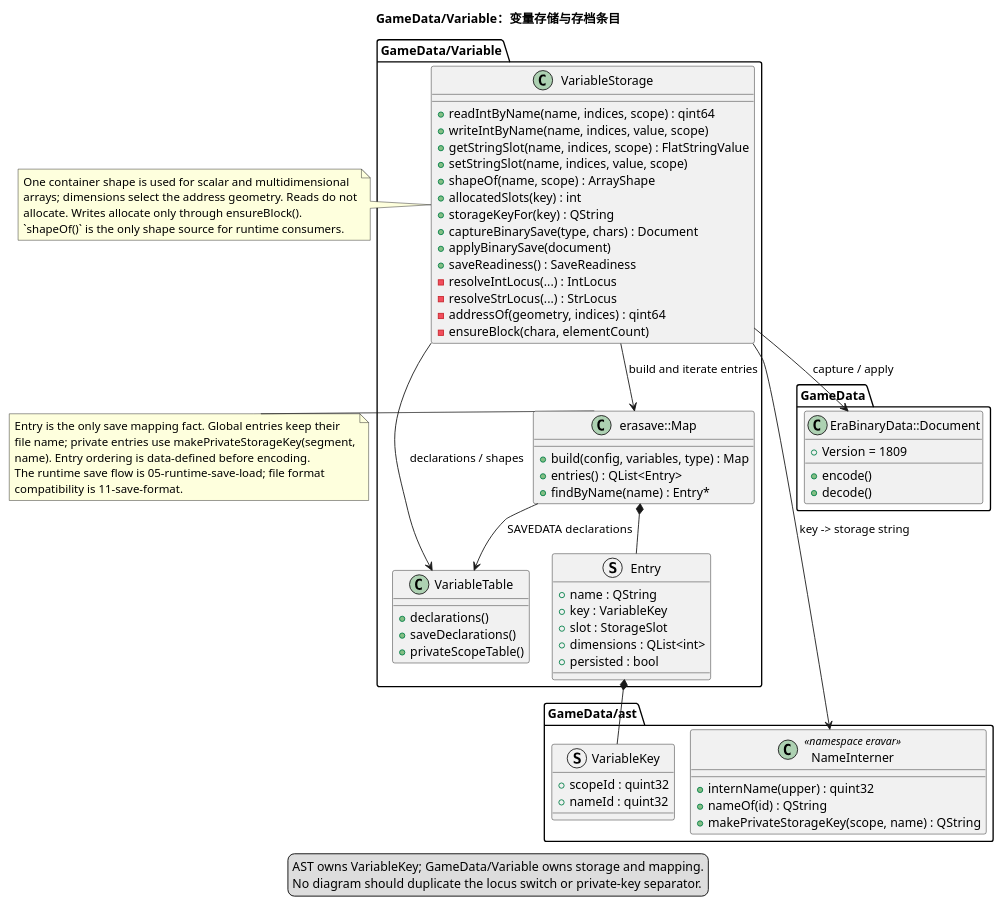
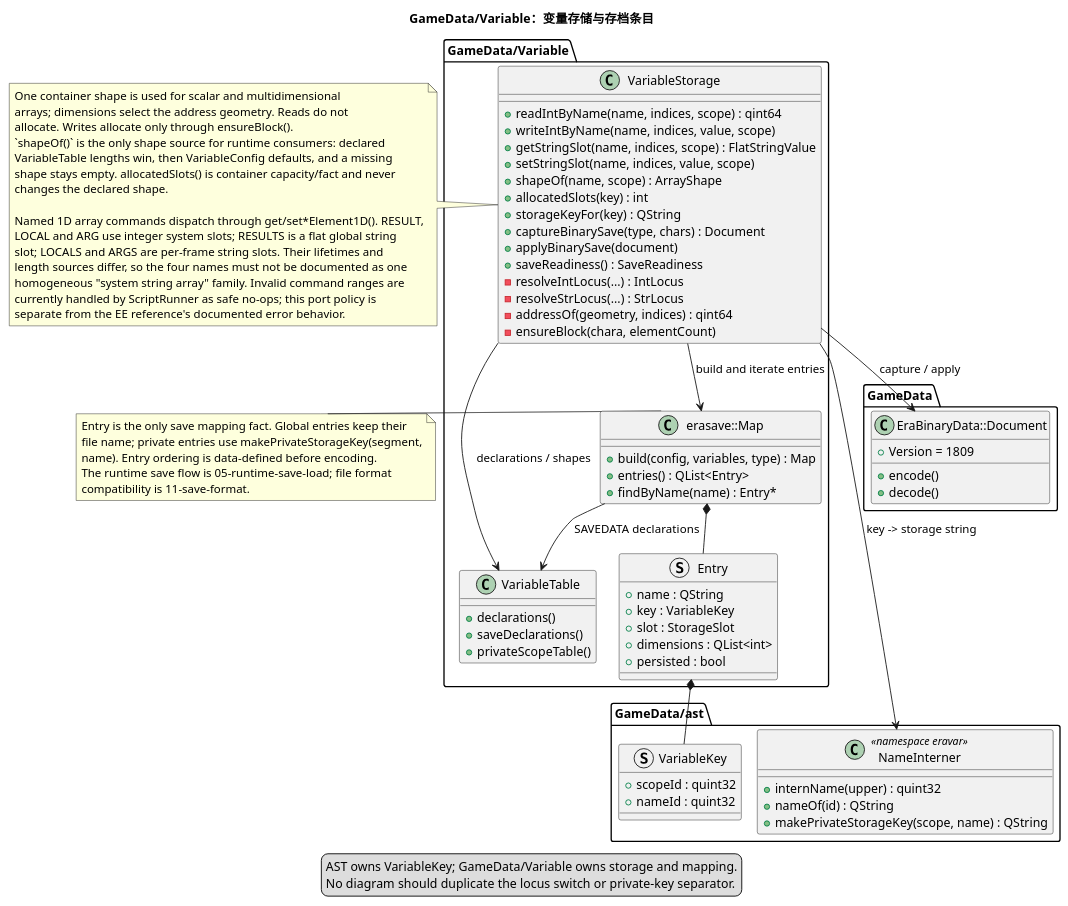
The diagram in docs/uml/08-variable-storage.puml (yigekuyou/qt-eraemu), drawn with PlantUML before and after one commit. The commit also changed 7 other files, not shown here.

```diff
--- a/docs/uml/08-variable-storage.puml
+++ b/docs/uml/08-variable-storage.puml
@@ -1,95 +1,106 @@
 @startuml 08-variable-storage
 !pragma layout smetana
 ' 运行期变量容器与存档条目映射。解析顺序见 07-variable-resolution。
 ' 来源：GameData/Variable/variable_storage.h, save_variable_map.h,
 '       GameData/ast/variable_table.h, ast/name_interner.h
 
 title GameData/Variable：变量存储与存档条目
 
 package "GameData/Variable" {
   class VariableStorage {
     + readIntByName(name, indices, scope) : qint64
     + writeIntByName(name, indices, value, scope)
     + getStringSlot(name, indices, scope) : FlatStringValue
     + setStringSlot(name, indices, value, scope)
     + shapeOf(name, scope) : ArrayShape
     + allocatedSlots(key) : int
     + storageKeyFor(key) : QString
     + captureBinarySave(type, chars) : Document
     + applyBinarySave(document)
     + saveReadiness() : SaveReadiness
     - resolveIntLocus(...) : IntLocus
     - resolveStrLocus(...) : StrLocus
     - addressOf(geometry, indices) : qint64
     - ensureBlock(chara, elementCount)
   }
 
   class VariableTable {
     + declarations()
     + saveDeclarations()
     + privateScopeTable()
   }
 
   class "erasave::Map" as SaveMap {
     + build(config, variables, type) : Map
     + entries() : QList<Entry>
     + findByName(name) : Entry*
   }
 
   struct Entry {
     + name : QString
     + key : VariableKey
     + slot : StorageSlot
     + dimensions : QList<int>
     + persisted : bool
   }
 }
 
 package "GameData/ast" {
   struct VariableKey {
     + scopeId : quint32
     + nameId : quint32
   }
   class NameInterner <<namespace eravar>> {
     + internName(upper) : quint32
     + nameOf(id) : QString
     + makePrivateStorageKey(scope, name) : QString
   }
 }
 
 package "GameData" {
   class "EraBinaryData::Document" as Document {
     + encode()
     + decode()
     + Version = 1809
   }
 }
 
 VariableStorage --> VariableTable : declarations / shapes
 VariableStorage --> SaveMap : build and iterate entries
 SaveMap --> VariableTable : SAVEDATA declarations
 VariableStorage --> NameInterner : key -> storage string
 VariableStorage --> Document : capture / apply
 SaveMap *-- Entry
 Entry *-- VariableKey
 
 note right of VariableStorage
   One container shape is used for scalar and multidimensional
   arrays; dimensions select the address geometry. Reads do not
   allocate. Writes allocate only through ensureBlock().
-  `shapeOf()` is the only shape source for runtime consumers.
+  `shapeOf()` is the only shape source for runtime consumers: declared
+  VariableTable lengths win, then VariableConfig defaults, and a missing
+  shape stays empty. allocatedSlots() is container capacity/fact and never
+  changes the declared shape.
+
+  Named 1D array commands dispatch through get/set*Element1D(). RESULT,
+  LOCAL and ARG use integer system slots; RESULTS is a flat global string
+  slot; LOCALS and ARGS are per-frame string slots. Their lifetimes and
+  length sources differ, so the four names must not be documented as one
+  homogeneous "system string array" family. Invalid command ranges are
+  currently handled by ScriptRunner as safe no-ops; this port policy is
+  separate from the EE reference's documented error behavior.
 end note
 
 note right of SaveMap
   Entry is the only save mapping fact. Global entries keep their
   file name; private entries use makePrivateStorageKey(segment,
   name). Entry ordering is data-defined before encoding.
   The runtime save flow is 05-runtime-save-load; file format
   compatibility is 11-save-format.
 end note
 
 legend bottom
   AST owns VariableKey; GameData/Variable owns storage and mapping.
   No diagram should duplicate the locus switch or private-key separator.
 endlegend
 @enduml
```
